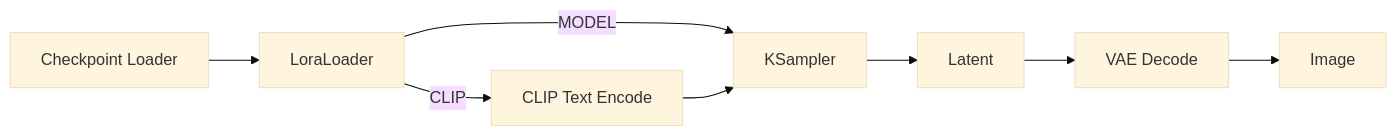
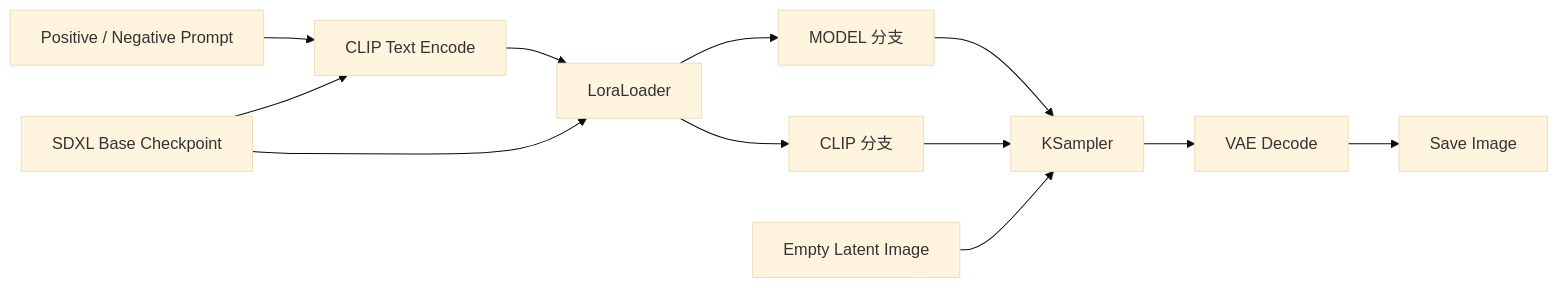
One commit to lazxy74/ComfyUI-Research changed the diagram in comfyui-workflow-research/docs/03-sdxl-lora.md. Above: the diagram before and after it, drawn with Mermaid (base theme). The commit also changed other lines of this file and 6 other files, not shown here.

````diff
--- a/comfyui-workflow-research/docs/03-sdxl-lora.md
+++ b/comfyui-workflow-research/docs/03-sdxl-lora.md
@@ -30,10 +13,14 @@
 ```mermaid
 flowchart LR
-    CK["Checkpoint Loader"] --> LL["LoraLoader"]
-    LL -->|"MODEL"| KS["KSampler"]
-    LL -->|"CLIP"| TE["CLIP Text Encode"]
-    TE --> KS
-    KS --> LA["Latent"]
-    LA --> VD["VAE Decode"]
-    VD --> IM["Image"]
+    P["Positive / Negative Prompt"] --> C["CLIP Text Encode"]
+    B["SDXL Base Checkpoint"] --> C
+    B --> LL["LoraLoader"]
+    C --> LL
+    LL --> M["MODEL 分支"]
+    LL --> CL["CLIP 分支"]
+    M --> KS["KSampler"]
+    CL --> KS
+    L["Empty Latent Image"] --> KS
+    KS --> V["VAE Decode"]
+    V --> I["Save Image"]
 ```
````
